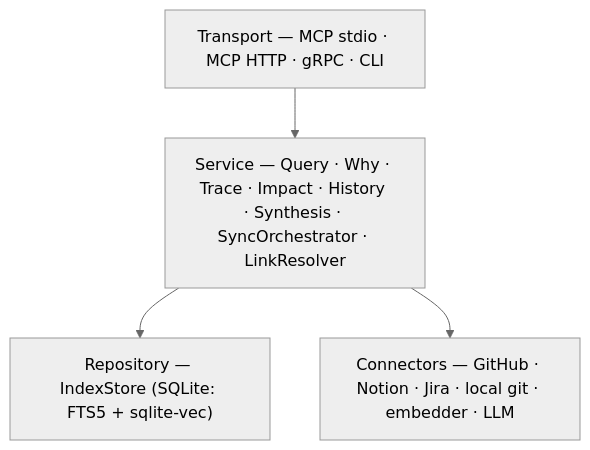
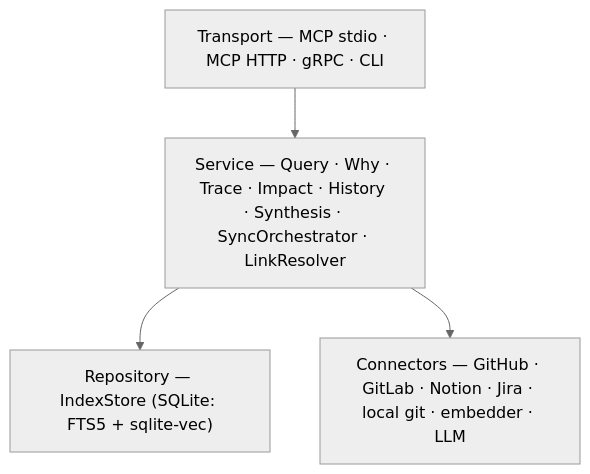
One commit to setthasit/Lore changed the diagram in README.md. Above: the diagram before and after it, drawn with Mermaid (neutral theme). The commit also changed other lines of this file and 15 other files, not shown here.

````diff
--- a/README.md
+++ b/README.md
@@ -184,10 +221,10 @@
 ```mermaid
 flowchart TB
     T["Transport — MCP stdio · MCP HTTP · gRPC · CLI"]
     S["Service — Query · Why · Trace · Impact · History · Synthesis · SyncOrchestrator · LinkResolver"]
     R["Repository — IndexStore (SQLite: FTS5 + sqlite-vec)"]
-    C["Connectors — GitHub · Notion · Jira · local git · embedder · LLM"]
+    C["Connectors — GitHub · GitLab · Notion · Jira · local git · embedder · LLM"]
     T --> S
     S --> R
     S --> C
 ```
````
